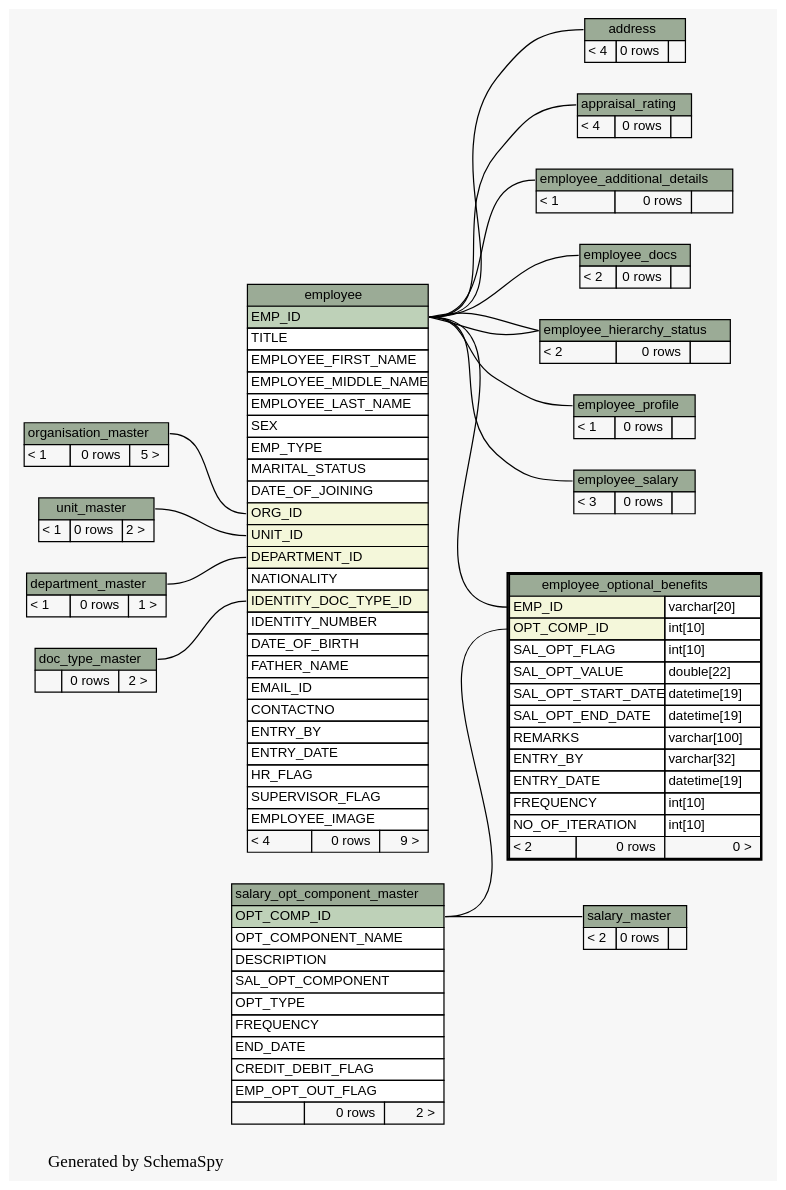
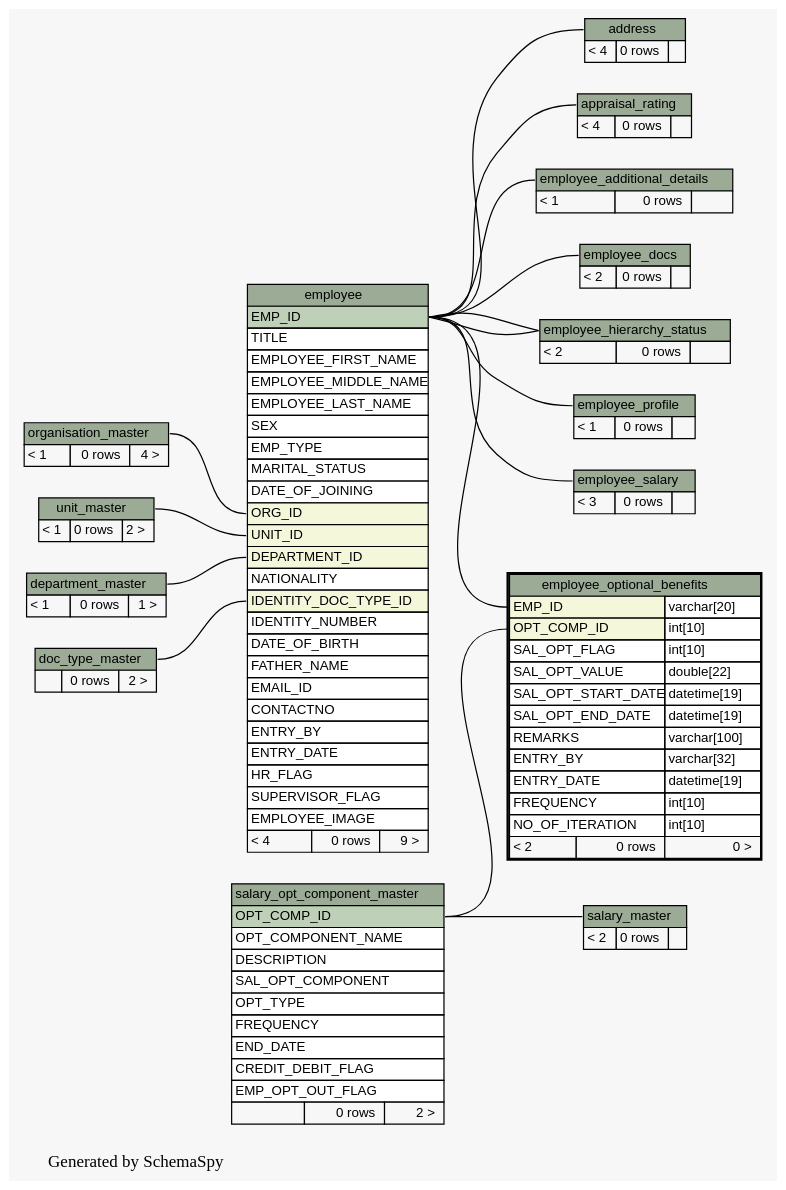
The diagram in docs/database/schemaspy/graphs/employee_optional_benefits.2degrees.dot (engineerscraft/hrms), drawn with Graphviz before and after one commit. The commit also changed 121 other files, not shown here.

```diff
--- a/docs/database/schemaspy/graphs/employee_optional_benefits.2degrees.dot
+++ b/docs/database/schemaspy/graphs/employee_optional_benefits.2degrees.dot
@@ -167,7 +167,7 @@
     label=<
     <TABLE BORDER="0" CELLBORDER="1" CELLSPACING="0" BGCOLOR="#ffffff">
       <TR><TD PORT="organisation_master.heading" COLSPAN="3" BGCOLOR="#9bab96" ALIGN="CENTER">organisation_master</TD></TR>
-      <TR><TD ALIGN="LEFT" BGCOLOR="#f7f7f7">&lt; 1</TD><TD ALIGN="RIGHT" BGCOLOR="#f7f7f7">0 rows</TD><TD ALIGN="RIGHT" BGCOLOR="#f7f7f7">5 &gt;</TD></TR>
+      <TR><TD ALIGN="LEFT" BGCOLOR="#f7f7f7">&lt; 1</TD><TD ALIGN="RIGHT" BGCOLOR="#f7f7f7">0 rows</TD><TD ALIGN="RIGHT" BGCOLOR="#f7f7f7">4 &gt;</TD></TR>
     </TABLE>>
     URL="organisation_master.html#graph"
     tooltip="organisation_master"
```
